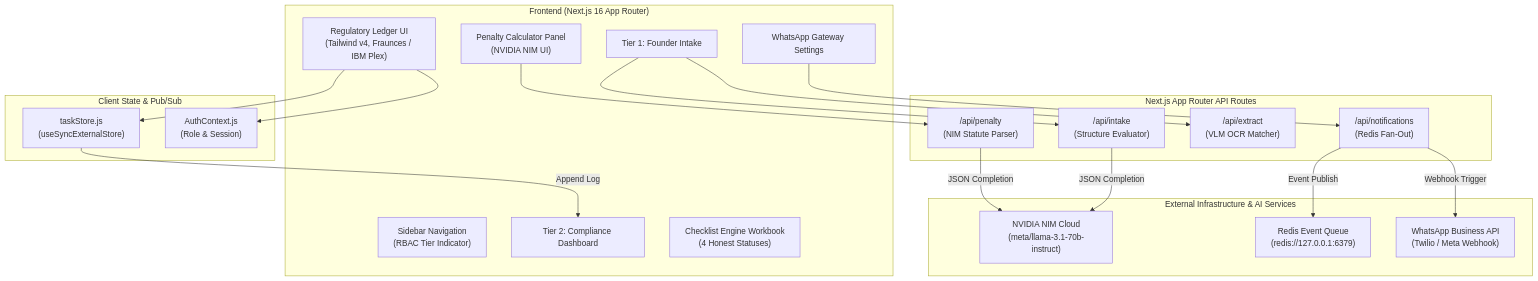
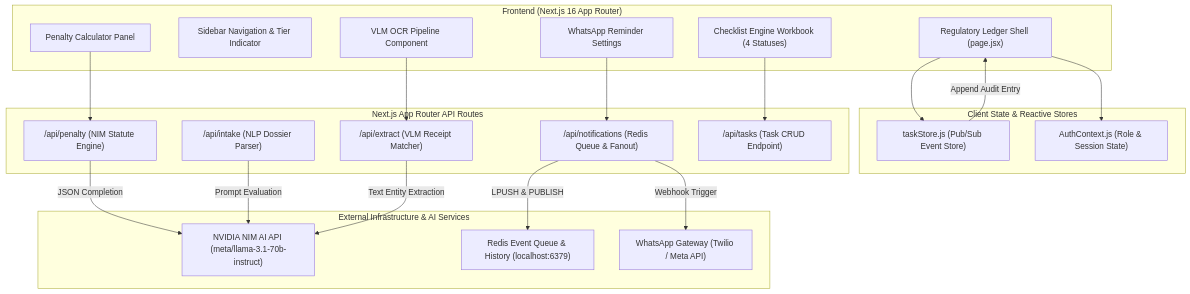
One commit to Sriram-Nambiar/Docket changed the second of 5 diagrams in docs/system_architecture.md. Above: the diagram before and after it, drawn with Mermaid. The commit also changed other lines of this file and 18 other files, not shown here.

````diff
--- a/docs/system_architecture.md
+++ b/docs/system_architecture.md
@@ -5,43 +55,44 @@
 ```mermaid
 flowchart TD
-    subgraph Client ["Frontend (Next.js 16 App Router)"]
-        UI["Regulatory Ledger UI<br/>(Tailwind v4, Fraunces / IBM Plex)"]
-        Sidebar["Sidebar Navigation<br/>(RBAC Tier Indicator)"]
-        Intake["Tier 1: Founder Intake"]
-        Dash["Tier 2: Compliance Dashboard"]
-        Checklist["Checklist Engine Workbook<br/>(4 Honest Statuses)"]
-        PenaltyUI["Penalty Calculator Panel<br/>(NVIDIA NIM UI)"]
-        WhatsAppUI["WhatsApp Gateway Settings"]
+    subgraph Frontend ["Frontend (Next.js 16 App Router)"]
+        UI["Regulatory Ledger Shell (page.jsx)"]
+        Sidebar["Sidebar Navigation & Tier Indicator"]
+        Workbook["Checklist Engine Workbook (4 Statuses)"]
+        PenaltyUI["Penalty Calculator Panel"]
+        WA_UI["WhatsApp Reminder Settings"]
+        VLM_UI["VLM OCR Pipeline Component"]
     end
 
-    subgraph State ["Client State & Pub/Sub"]
-        TaskStore["taskStore.js<br/>(useSyncExternalStore)"]
-        AuthCtx["AuthContext.js<br/>(Role & Session)"]
+    subgraph StateStore ["Client State & Reactive Stores"]
+        TaskStore["taskStore.js (Pub/Sub Event Store)"]
+        AuthCtx["AuthContext.js (Role & Session State)"]
     end
 
-    subgraph API ["Next.js App Router API Routes"]
-        APIPenalty["/api/penalty<br/>(NIM Statute Parser)"]
-        APIIntake["/api/intake<br/>(Structure Evaluator)"]
-        APIExtract["/api/extract<br/>(VLM OCR Matcher)"]
-        APINotif["/api/notifications<br/>(Redis Fan-Out)"]
+    subgraph APIRoutes ["Next.js App Router API Routes"]
+        APIPenalty["/api/penalty (NIM Statute Engine)"]
+        APIIntake["/api/intake (NLP Dossier Parser)"]
+        APIExtract["/api/extract (VLM Receipt Matcher)"]
+        APINotif["/api/notifications (Redis Queue & Fanout)"]
+        APITasks["/api/tasks (Task CRUD Endpoint)"]
     end
 
-    subgraph External ["External Infrastructure & AI Services"]
-        NVIDIA["NVIDIA NIM Cloud<br/>(meta/llama-3.1-70b-instruct)"]
-        Redis["Redis Event Queue<br/>(redis://127.0.0.1:6379)"]
-        WA["WhatsApp Business API<br/>(Twilio / Meta Webhook)"]
+    subgraph ExternalServices ["External Infrastructure & AI Services"]
+        NVIDIA["NVIDIA NIM AI API (meta/llama-3.1-70b-instruct)"]
+        Redis["Redis Event Queue & History (localhost:6379)"]
+        WA_Gate["WhatsApp Gateway (Twilio / Meta API)"]
     end
 
     UI --> TaskStore
     UI --> AuthCtx
+    Workbook --> APITasks
     PenaltyUI --> APIPenalty
-    Intake --> APIIntake
-    Intake --> APIExtract
-    WhatsAppUI --> APINotif
+    WA_UI --> APINotif
+    VLM_UI --> APIExtract
 
-    APIPenalty -->|JSON Completion| NVIDIA
-    APIIntake -->|JSON Completion| NVIDIA
-    APINotif -->|Event Publish| Redis
-    APINotif -->|Webhook Trigger| WA
-    TaskStore -->|Append Log| Dash
+    APIPenalty -->|"JSON Completion"| NVIDIA
+    APIIntake -->|"Prompt Evaluation"| NVIDIA
+    APIExtract -->|"Text Entity Extraction"| NVIDIA
+    APINotif -->|"LPUSH & PUBLISH"| Redis
+    APINotif -->|"Webhook Trigger"| WA_Gate
+    TaskStore -->|"Append Audit Entry"| UI
 ```
````
